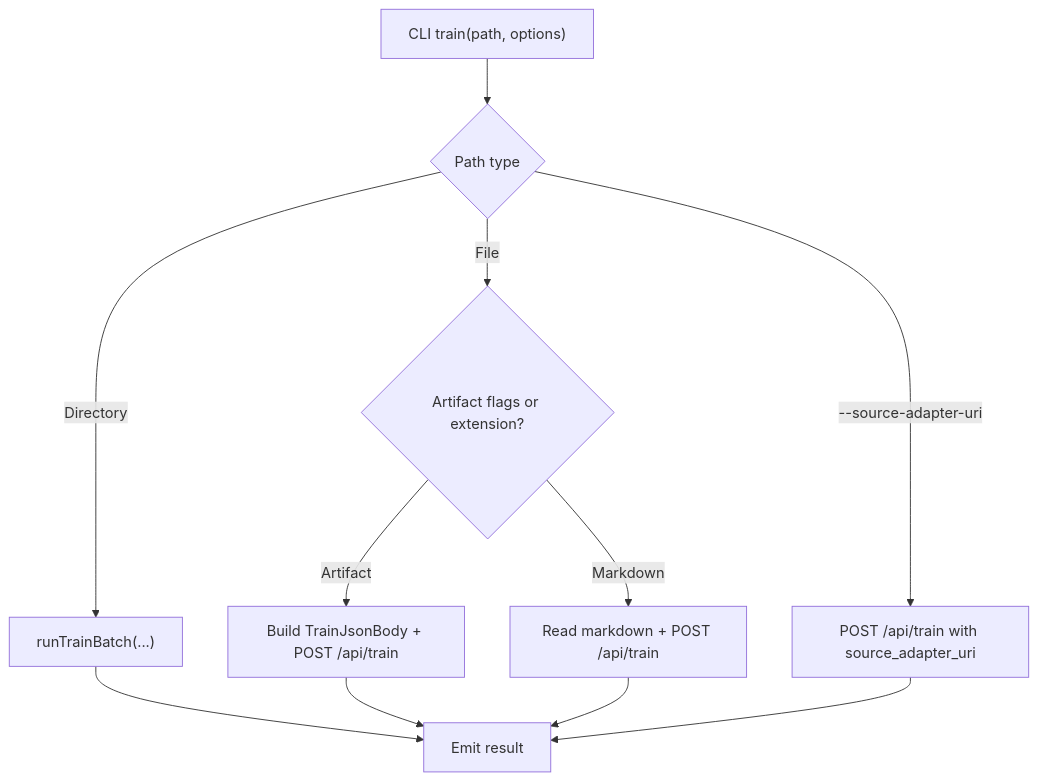
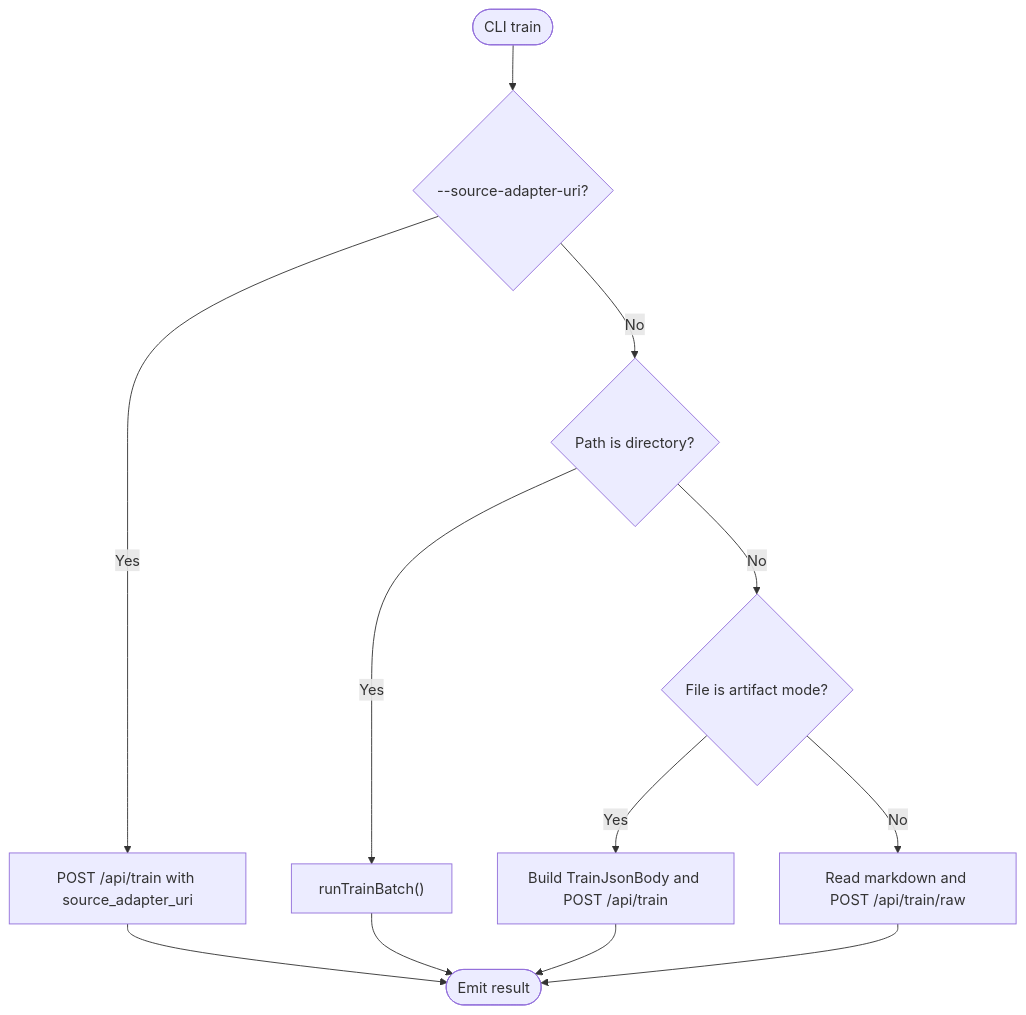
Before and after one commit to SquadRules/mcp: the tenth of 12 diagrams in .qoder/repowiki/en/content/MCP Tools Reference/Train Tool.md, drawn with Mermaid. The commit also changed other lines of this file and 553 other files, not shown here.

````diff
--- a/.qoder/repowiki/en/content/MCP Tools Reference/Train Tool.md
+++ b/.qoder/repowiki/en/content/MCP Tools Reference/Train Tool.md
@@ -370,13 +384,14 @@
 ```mermaid
 flowchart TD
-Cli["CLI train(path, options)"] --> Mode{"Path type"}
-Mode --> |Directory| Batch["runTrainBatch(...)"]
-Mode --> |File| FileMode{"Artifact flags or extension?"}
-FileMode --> |Artifact| Art["Build TrainJsonBody + POST /api/train"]
-FileMode --> |Markdown| Md["Read markdown + POST /api/train"]
-Mode --> |--source-adapter-uri| Fork["POST /api/train with source_adapter_uri"]
-Batch --> Out["Emit result"]
-Art --> Out
-Md --> Out
-Fork --> Out
+Start(["CLI train"]) --> ForkMode{"--source-adapter-uri?"}
+ForkMode --> |Yes| TrainJson["POST /api/train with source_adapter_uri"]
+ForkMode --> |No| PathCheck{"Path is directory?"}
+PathCheck --> |Yes| Batch["runTrainBatch()"]
+PathCheck --> |No| FileCheck{"File is artifact mode?"}
+FileCheck --> |Yes| ArtifactUpload["Build TrainJsonBody and POST /api/train"]
+FileCheck --> |No| MarkdownUpload["Read markdown and POST /api/train/raw"]
+TrainJson --> End(["Emit result"])
+Batch --> End
+ArtifactUpload --> End
+MarkdownUpload --> End
 ```
````
